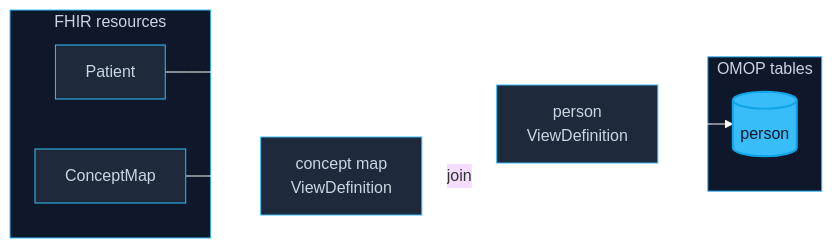
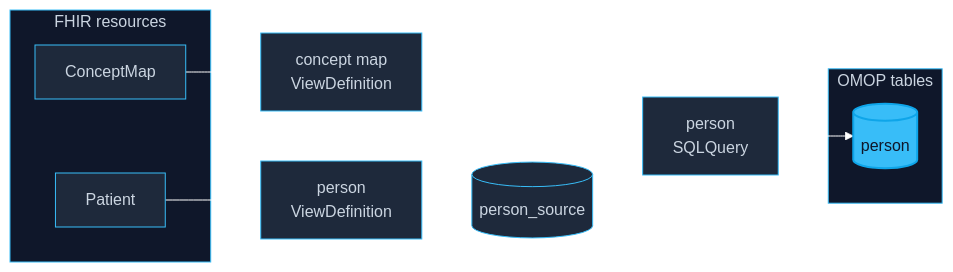
One commit to fhir4ds/fhir4ds changed the diagram in web/website/docs/examples/fhir-to-omop.mdx. Above: the diagram before and after it, drawn with Mermaid (base theme). The commit also changed other lines of this file and 3 other files, not shown here.

````diff
--- a/web/website/docs/examples/fhir-to-omop.mdx
+++ b/web/website/docs/examples/fhir-to-omop.mdx
@@ -20,26 +20,28 @@
 ```mermaid
 flowchart LR
     subgraph FHIR["FHIR resources"]
         Patient[Patient]
         ConceptMap[ConceptMap]
     end
 
     subgraph OMOP["OMOP tables"]
         Person[(person)]
     end
 
     Patient --> PersonVD["person<br/>ViewDefinition"]
     ConceptMap --> MapVD["concept map<br/>ViewDefinition"]
-    MapVD -->|join| PersonVD
-    PersonVD --> Person
+    PersonVD --> Source[("person_source")]
+    MapVD --> SQ["person<br/>SQLQuery"]
+    Source --> SQ
+    SQ --> Person
 
     classDef default fill:#1e293b,stroke:#38bdf8,color:#cbd5e1,stroke-width:1px
     classDef highlight fill:#38bdf8,stroke:#0ea5e9,color:#0f172a,stroke-width:2px
 
-    class Patient,ConceptMap,PersonVD,MapVD default
+    class Patient,ConceptMap,PersonVD,MapVD,Source,SQ default
     class Person highlight
 
     linkStyle default stroke:#fff,stroke-width:1px
     style FHIR fill:#0f172a,stroke:#38bdf8,color:#cbd5e1
     style OMOP fill:#0f172a,stroke:#38bdf8,color:#cbd5e1
 ```
````
